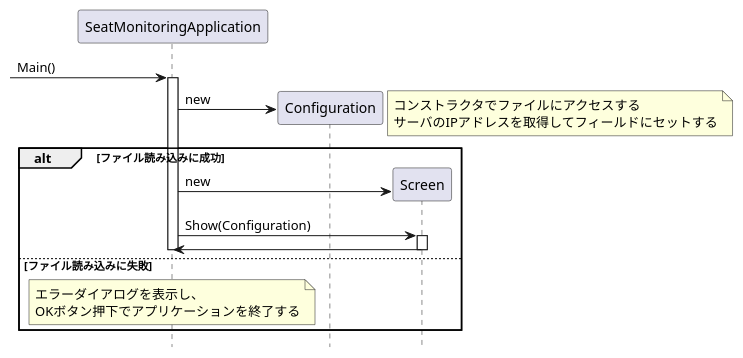
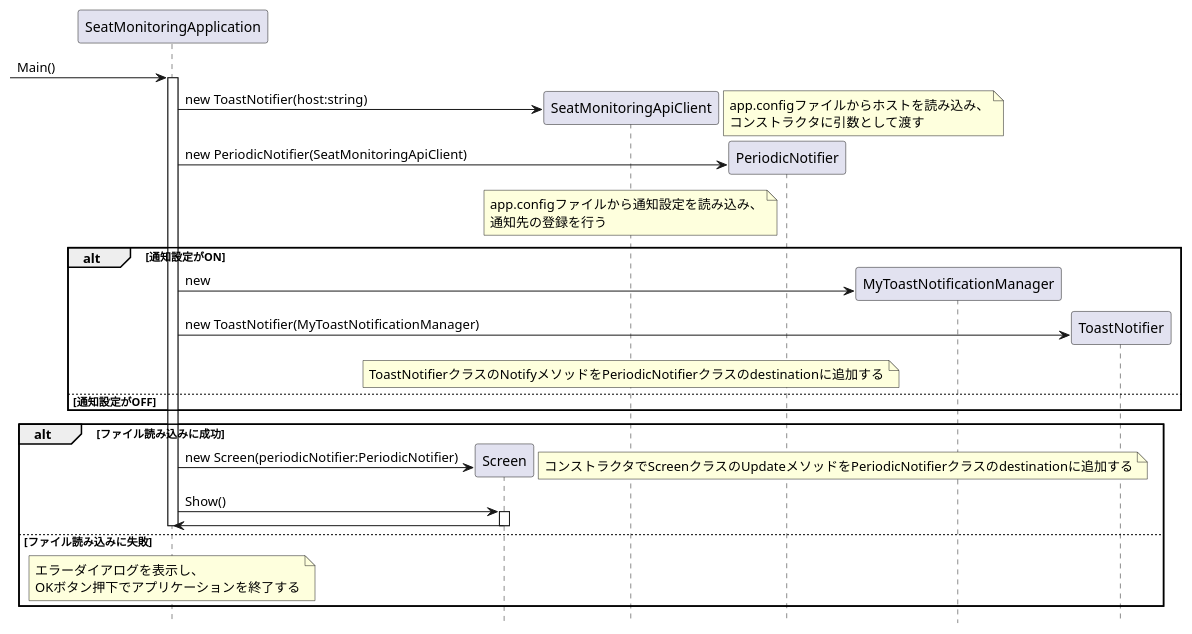
One commit to KeisukeSugita/Seat-monitoring-system changed the diagram in doc/詳細設計/座席監視アプリ起動シーケンス図.pu. Above: the diagram before and after it, drawn with PlantUML. The commit also changed 3 other files, not shown here.

```diff
--- a/doc/詳細設計/座席監視アプリ起動シーケンス図.pu
+++ b/doc/詳細設計/座席監視アプリ起動シーケンス図.pu
@@ -1,32 +1,57 @@
 @startuml 座席監視アプリ起動シーケンス図
 hide footbox
 
 participant "SeatMonitoringApplication" as SeatMonitoringApplication
-participant "Configuration" as Configuration
 participant "Screen" as Screen
 
 -> SeatMonitoringApplication :Main()
 activate SeatMonitoringApplication
-create Configuration
-SeatMonitoringApplication -> Configuration : new
+
+create SeatMonitoringApiClient
+SeatMonitoringApplication -> SeatMonitoringApiClient : new ToastNotifier(host:string)
 note right
-	コンストラクタでファイルにアクセスする
-	サーバのIPアドレスを取得してフィールドにセットする
+	app.configファイルからホストを読み込み、
+	コンストラクタに引数として渡す
 end note
+
+create PeriodicNotifier
+SeatMonitoringApplication -> PeriodicNotifier : new PeriodicNotifier(SeatMonitoringApiClient)
+
+note over SeatMonitoringApiClient
+	app.configファイルから通知設定を読み込み、
+	通知先の登録を行う
+end note
+
+alt 通知設定がON
+	create MyToastNotificationManager
+	SeatMonitoringApplication -> MyToastNotificationManager : new
+
+	create ToastNotifier
+	SeatMonitoringApplication -> ToastNotifier : new ToastNotifier(MyToastNotificationManager)
+	note over SeatMonitoringApiClient
+		ToastNotifierクラスのNotifyメソッドをPeriodicNotifierクラスのdestinationに追加する
+	end note
+else 通知設定がOFF
+
+end
+
 
 alt ファイル読み込みに成功
 	create Screen
-	SeatMonitoringApplication -> Screen : new
-	SeatMonitoringApplication -> Screen : Show(Configuration)
+	SeatMonitoringApplication -> Screen : new Screen(periodicNotifier:PeriodicNotifier)
+	note right
+		コンストラクタでScreenクラスのUpdateメソッドをPeriodicNotifierクラスのdestinationに追加する
+	end note
+	SeatMonitoringApplication -> Screen : Show()
 	activate Screen
 	SeatMonitoringApplication <- Screen
 	deactivate Screen
 else ファイル読み込みに失敗
 	note over SeatMonitoringApplication
 		エラーダイアログを表示し、
 		OKボタン押下でアプリケーションを終了する
 	end note
 	deactivate SeatMonitoringApplication
 end
 
 @enduml
```
